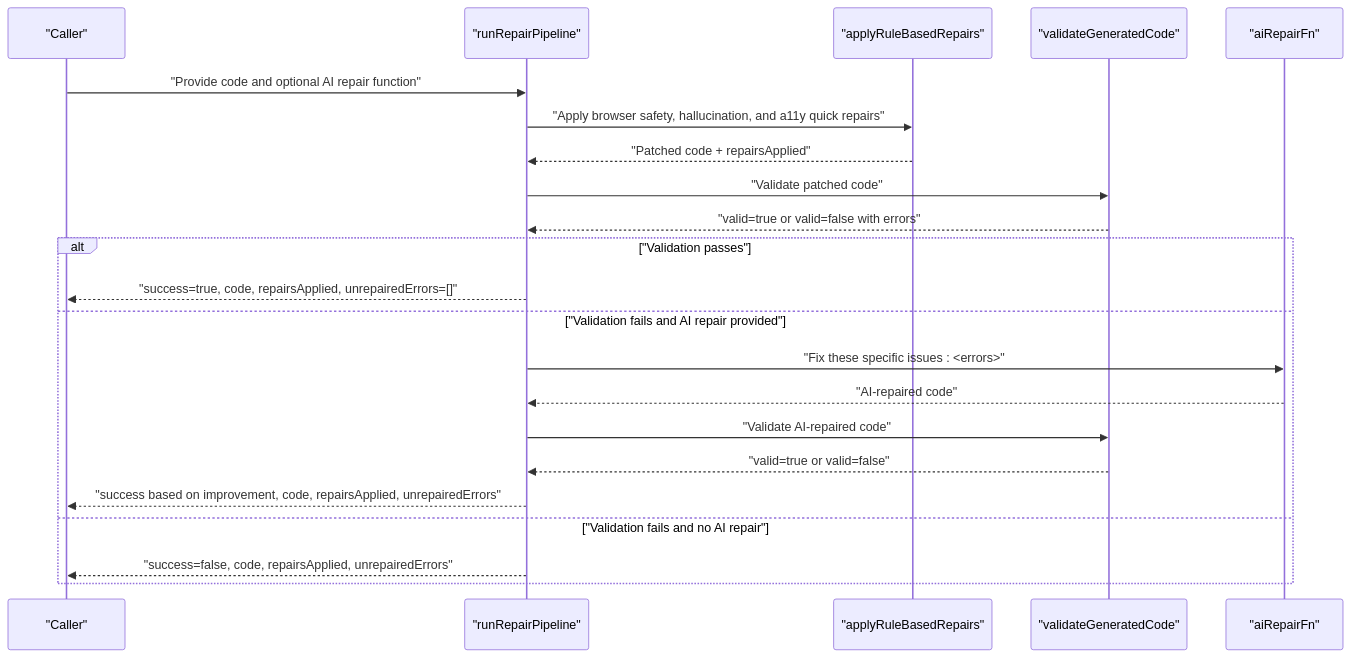
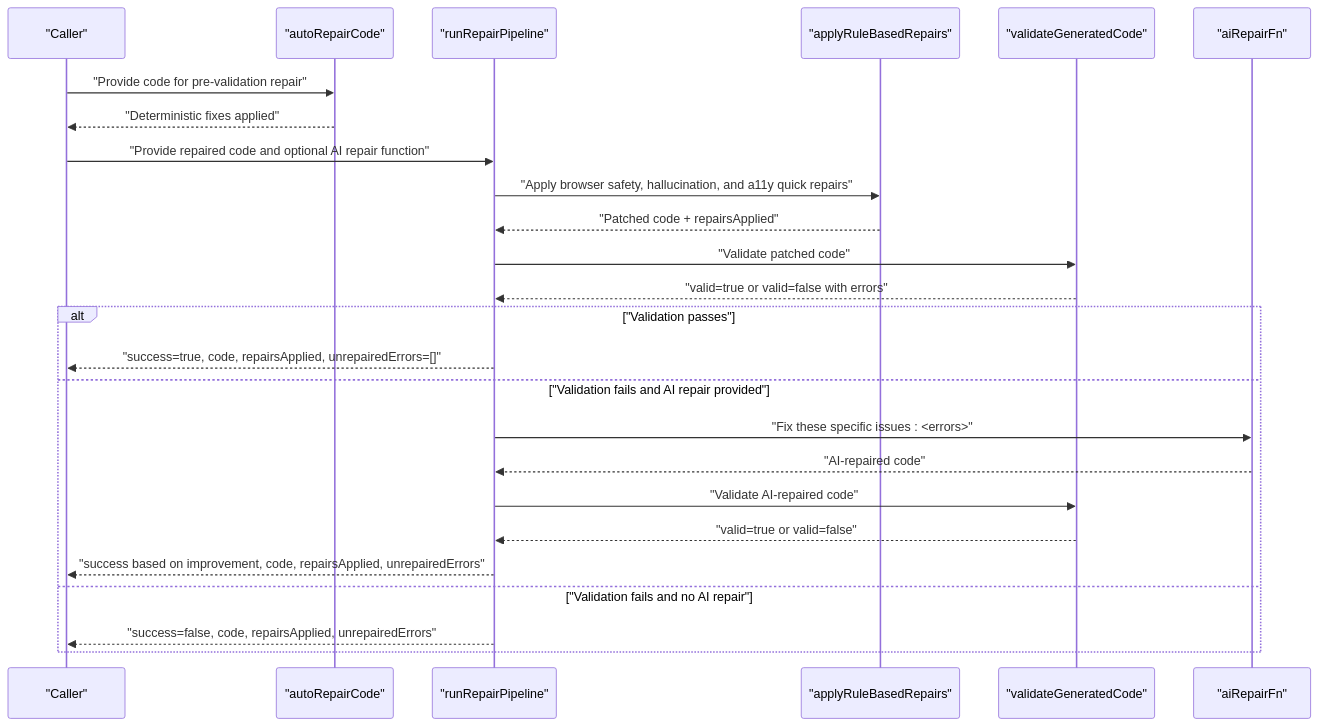
Before and after one commit to shekhargiri005-dotcom/AI-powered-accessibility-first-UI-engine: the second of 5 diagrams in .qoder/repowiki/en/content/Validation & Quality Assurance/Auto-Repair System.md, drawn with Mermaid. The commit also changed other lines of this file and 6 other files, not shown here.

````diff
--- a/.qoder/repowiki/en/content/Validation & Quality Assurance/Auto-Repair System.md
+++ b/.qoder/repowiki/en/content/Validation & Quality Assurance/Auto-Repair System.md
@@ -110,24 +133,27 @@
 ```mermaid
 sequenceDiagram
 participant Caller as "Caller"
+participant CAR as "autoRepairCode"
 participant RP as "runRepairPipeline"
 participant RB as "applyRuleBasedRepairs"
 participant CV as "validateGeneratedCode"
 participant AI as "aiRepairFn"
-Caller->>RP : "Provide code and optional AI repair function"
+Caller->>CAR : "Provide code for pre-validation repair"
+CAR-->>Caller : "Deterministic fixes applied"
+Caller->>RP : "Provide repaired code and optional AI repair function"
 RP->>RB : "Apply browser safety, hallucination, and a11y quick repairs"
 RB-->>RP : "Patched code + repairsApplied"
 RP->>CV : "Validate patched code"
 CV-->>RP : "valid=true or valid=false with errors"
 alt "Validation passes"
 RP-->>Caller : "success=true, code, repairsApplied, unrepairedErrors=[]"
 else "Validation fails and AI repair provided"
 RP->>AI : "Fix these specific issues : <errors>"
 AI-->>RP : "AI-repaired code"
 RP->>CV : "Validate AI-repaired code"
 CV-->>RP : "valid=true or valid=false"
 RP-->>Caller : "success based on improvement, code, repairsApplied, unrepairedErrors"
 else "Validation fails and no AI repair"
 RP-->>Caller : "success=false, code, repairsApplied, unrepairedErrors"
 end
 ```
````
